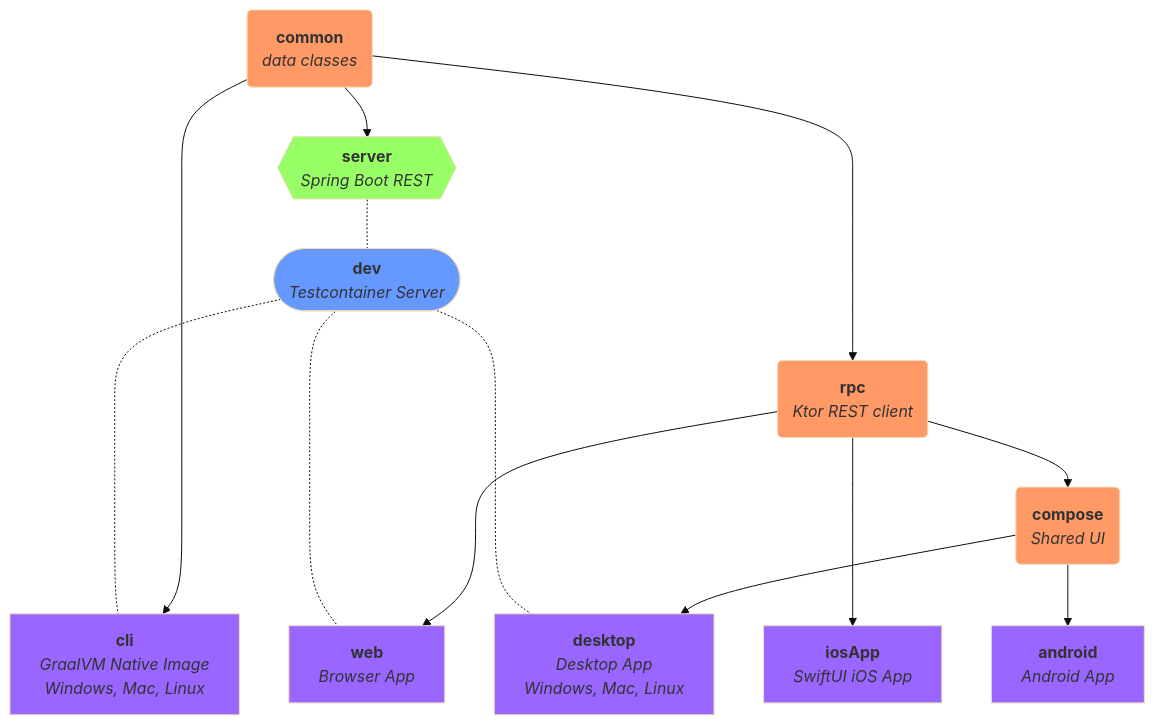
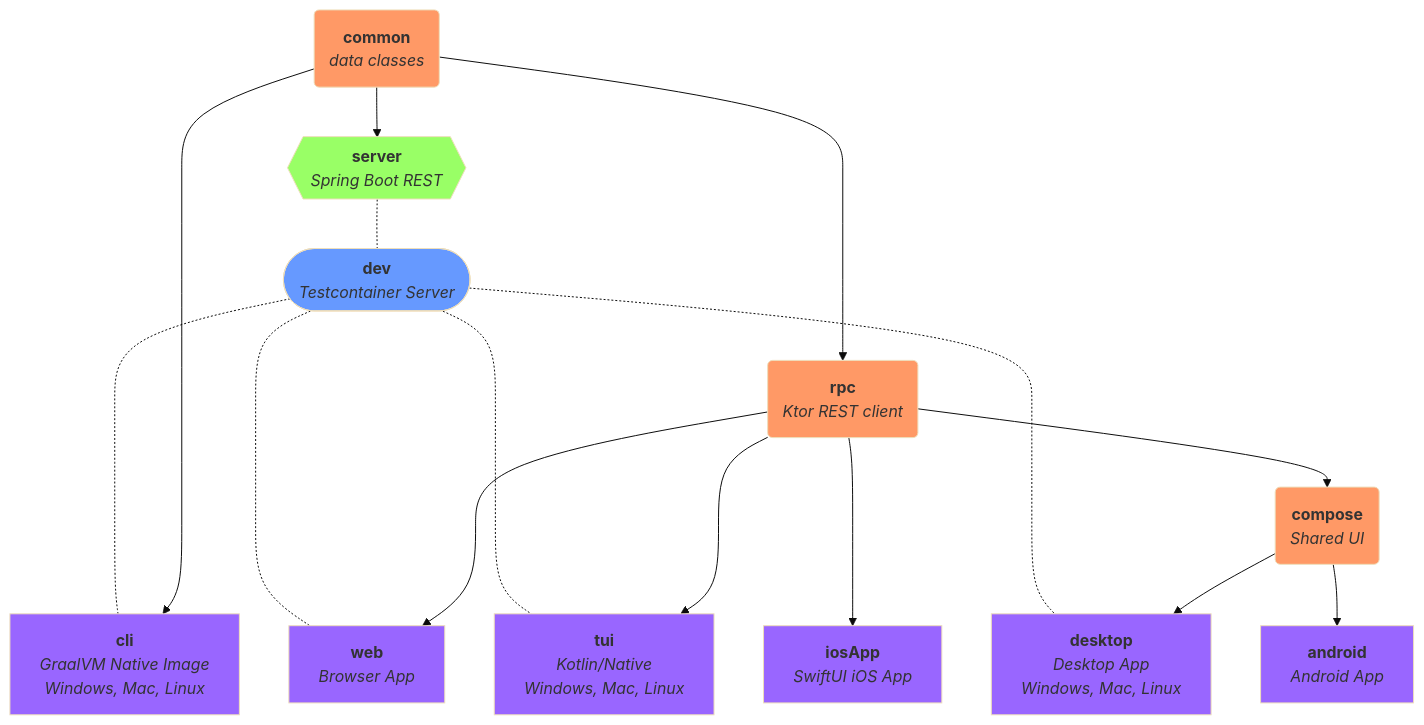
One commit to jamesward/kotlin-bars changed the diagram in README.md. Above: the diagram before and after it, drawn with Mermaid (base theme). The commit also changed other lines of this file and 8 other files, not shown here.

````diff
--- a/README.md
+++ b/README.md
@@ -7,43 +7,44 @@
 ```mermaid
 graph TD
     common(<b>common</b><br/><i>data classes</i>)
     rpc(<b>rpc</b><br/><i>Ktor REST client</i>)
     server{{<b>server</b><br/><i>Spring Boot REST</i>}}
     cli[<b>cli</b><br/><i>GraalVM Native Image<br/>Windows, Mac, Linux</i>]
+    tui[<b>tui</b><br/><i>Kotlin/Native<br/>Windows, Mac, Linux</i>]
     compose(<b>compose</b><br/><i>Shared UI</i>)
     web[<b>web</b><br/><i>Browser App</i>]
     iosApp[<b>iosApp</b><br/><i>SwiftUI iOS App</i>]
     android[<b>android</b><br/><i>Android App</i>]
     desktop[<b>desktop</b><br/><i>Desktop App<br/>Windows, Mac, Linux</i>]
     dev([<b>dev</b><br/><i>Testcontainer Server</i>])
 
     common --> server
 
     common --> cli
 
-    common --> rpc ---> web & iosApp
+    common --> rpc ---> web & iosApp & tui
                rpc --> compose --> android & desktop
 
-    server -.- dev -...- cli & web & desktop
+    server -.- dev -...- cli & tui & web & desktop
 
     classDef lib fill:#f96;
     classDef client fill:#96f;
     classDef server fill:#9f6;
     classDef dev fill:#69f;
 
     class common,rpc,compose lib;
-    class cli,desktop,android,web,iosApp client;
+    class cli,tui,desktop,android,web,iosApp client;
     class server,postgresql server;
     class dev dev;
 
     click common "https://github.com/jamesward/kotlin-bars/tree/main/common"
     click rpc "https://github.com/jamesward/kotlin-bars/tree/main/rpc"
     click server "https://github.com/jamesward/kotlin-bars/tree/main/server"
     click cli "https://github.com/jamesward/kotlin-bars/tree/main/cli"
     click compose "https://github.com/jamesward/kotlin-bars/tree/main/compose"
     click web "https://github.com/jamesward/kotlin-bars/tree/main/web"
     click iosApp "https://github.com/jamesward/kotlin-bars/tree/main/iosApp"
     click android "https://github.com/jamesward/kotlin-bars/tree/main/android"
     click desktop "https://github.com/jamesward/kotlin-bars/tree/main/desktop"
     click dev "https://github.com/jamesward/kotlin-bars/tree/main/dev"
 ```
````
